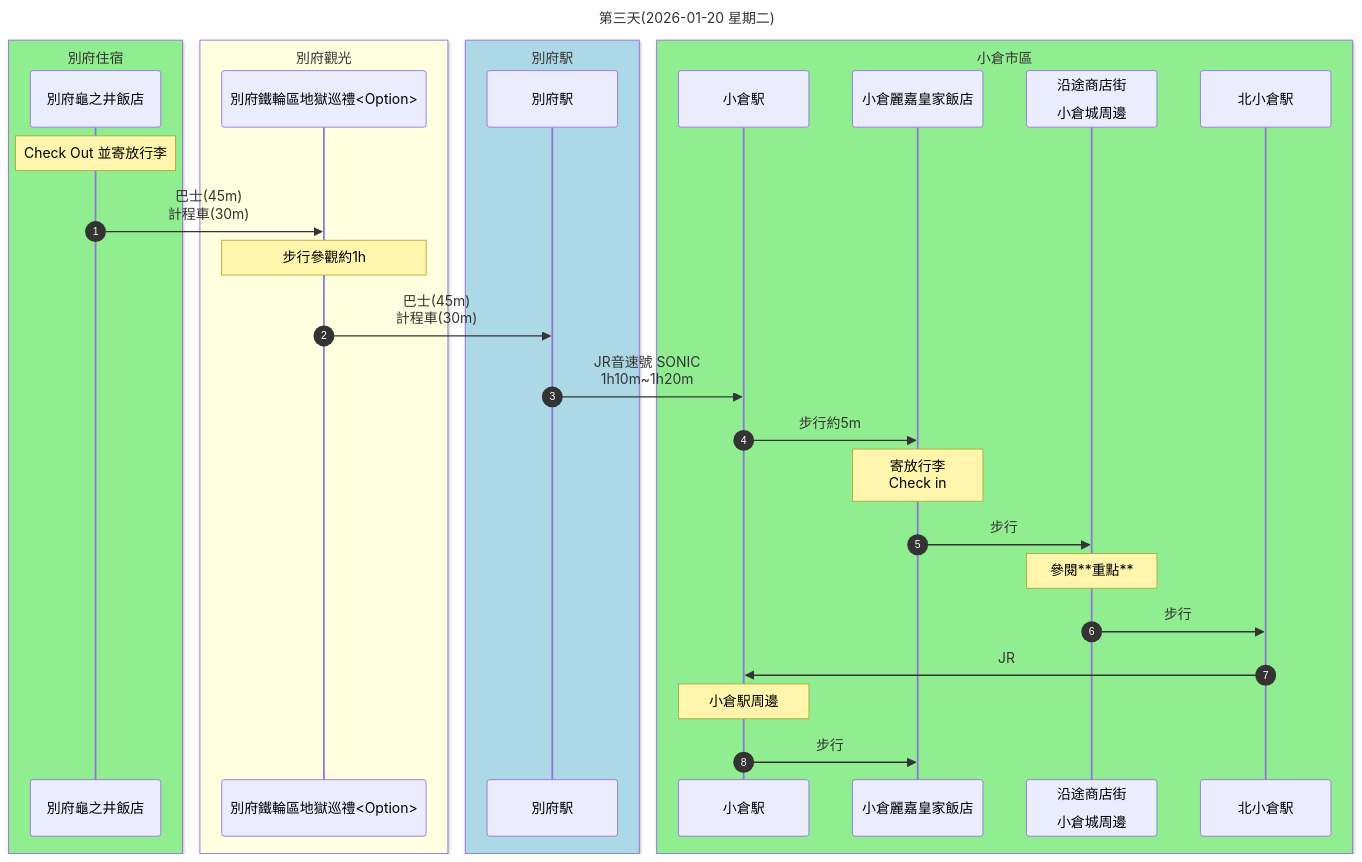
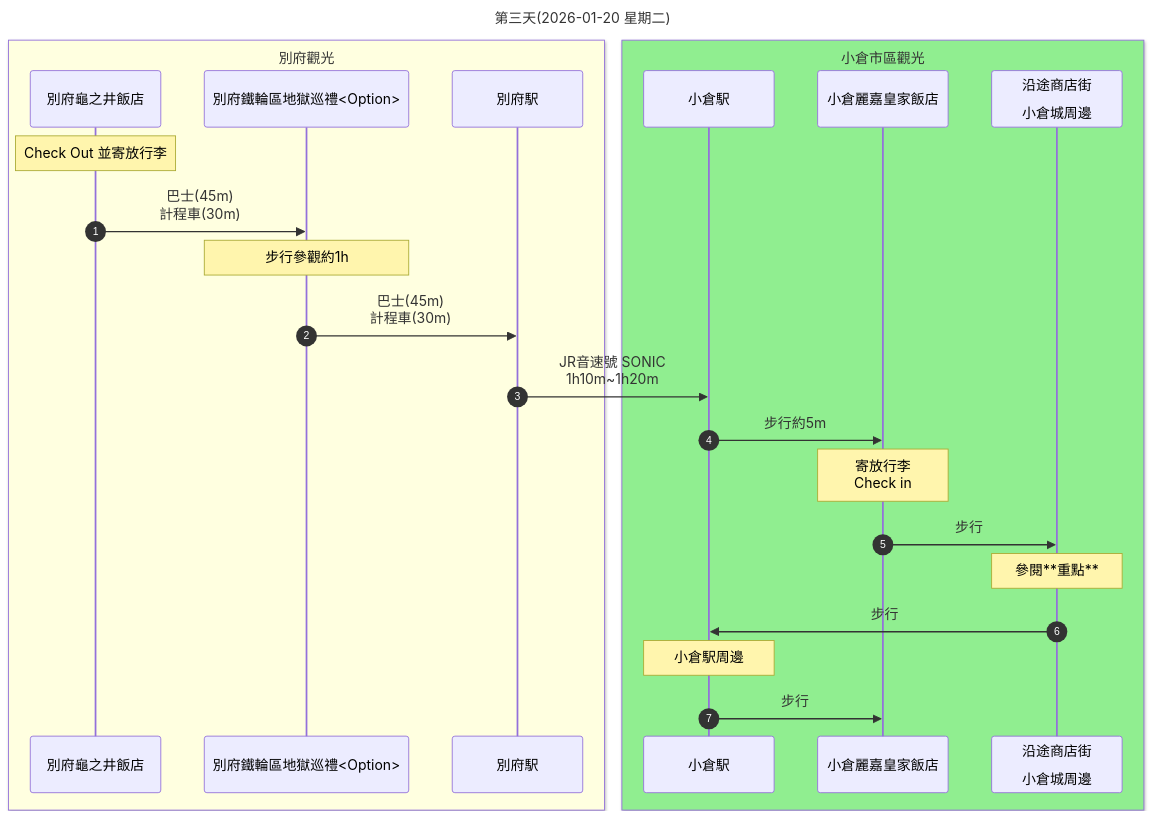
One commit to Shuming-Yang/2026-January-Trip changed the third of 6 diagrams in 行程規劃A.md. Above: the diagram before and after it, drawn with Mermaid.

````diff
--- a/行程規劃A.md
+++ b/行程規劃A.md
@@ -116,34 +116,28 @@
 ```mermaid
 sequenceDiagram
     autonumber
     title: 第三天(2026-01-20 星期二)
-    box lightgreen 別府住宿
+    box lightyellow 別府觀光
     participant A as 別府龜之井飯店
-    end
-    box lightyellow 別府觀光
     participant B as 別府鐵輪區地獄巡禮<Option>
-    end
-    box lightblue 別府駅
     participant C as 別府駅
     end
-    box lightgreen 小倉市區
+    box lightgreen 小倉市區觀光
     participant D as 小倉駅
     participant E as 小倉麗嘉皇家飯店
     participant F as 沿途商店街<br><br>小倉城周邊
-    participant G as 北小倉駅
     end
     Note over A: Check Out 並寄放行李
     A ->> B: 巴士(45m)<br>計程車(30m)
     Note over B: 步行參觀約1h
     B ->> C: 巴士(45m)<br>計程車(30m)
     C ->> D: JR音速號 SONIC<br>1h10m~1h20m
     D ->> E: 步行約5m
     Note over E: 寄放行李<br>Check in
     E ->> F: 步行
     Note over F: 參閱**重點**
-    F ->> G: 步行
-    G ->> D: JR
+    F ->> D: 步行
     Note over D: 小倉駅周邊
     D ->> E: 步行
 
 ```
````
